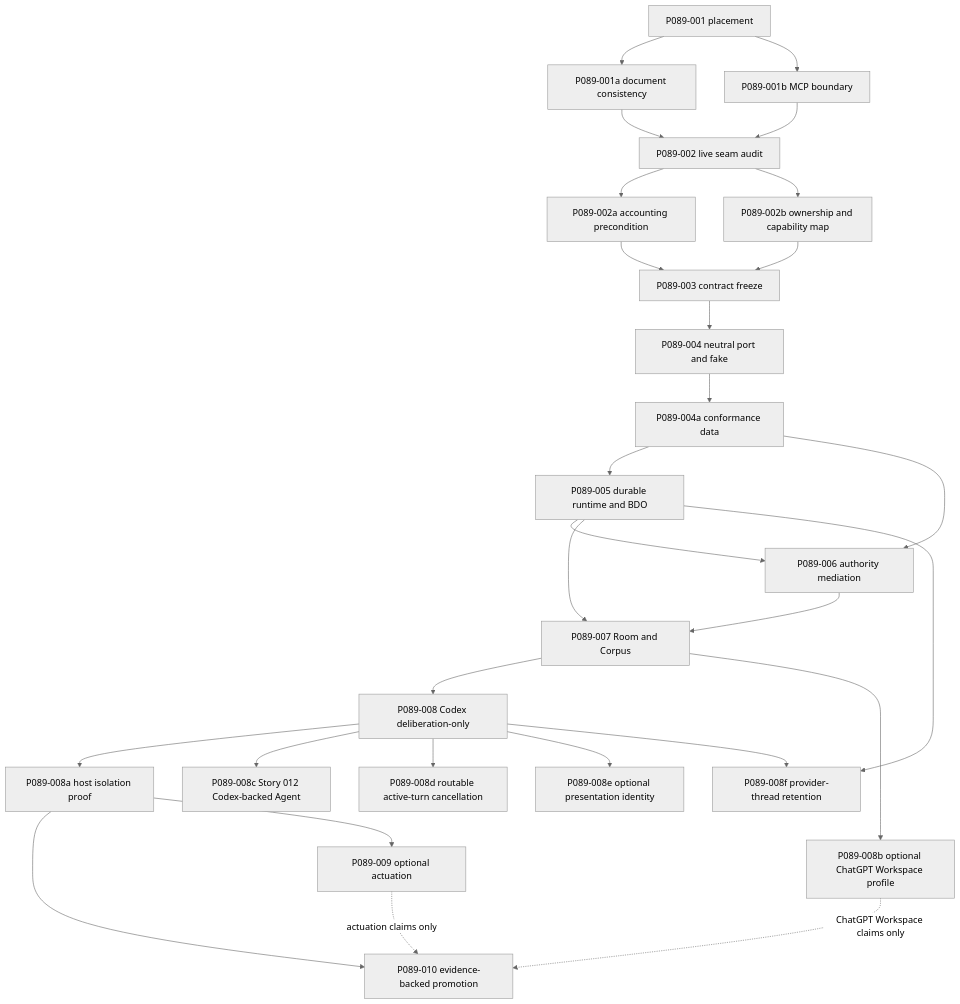
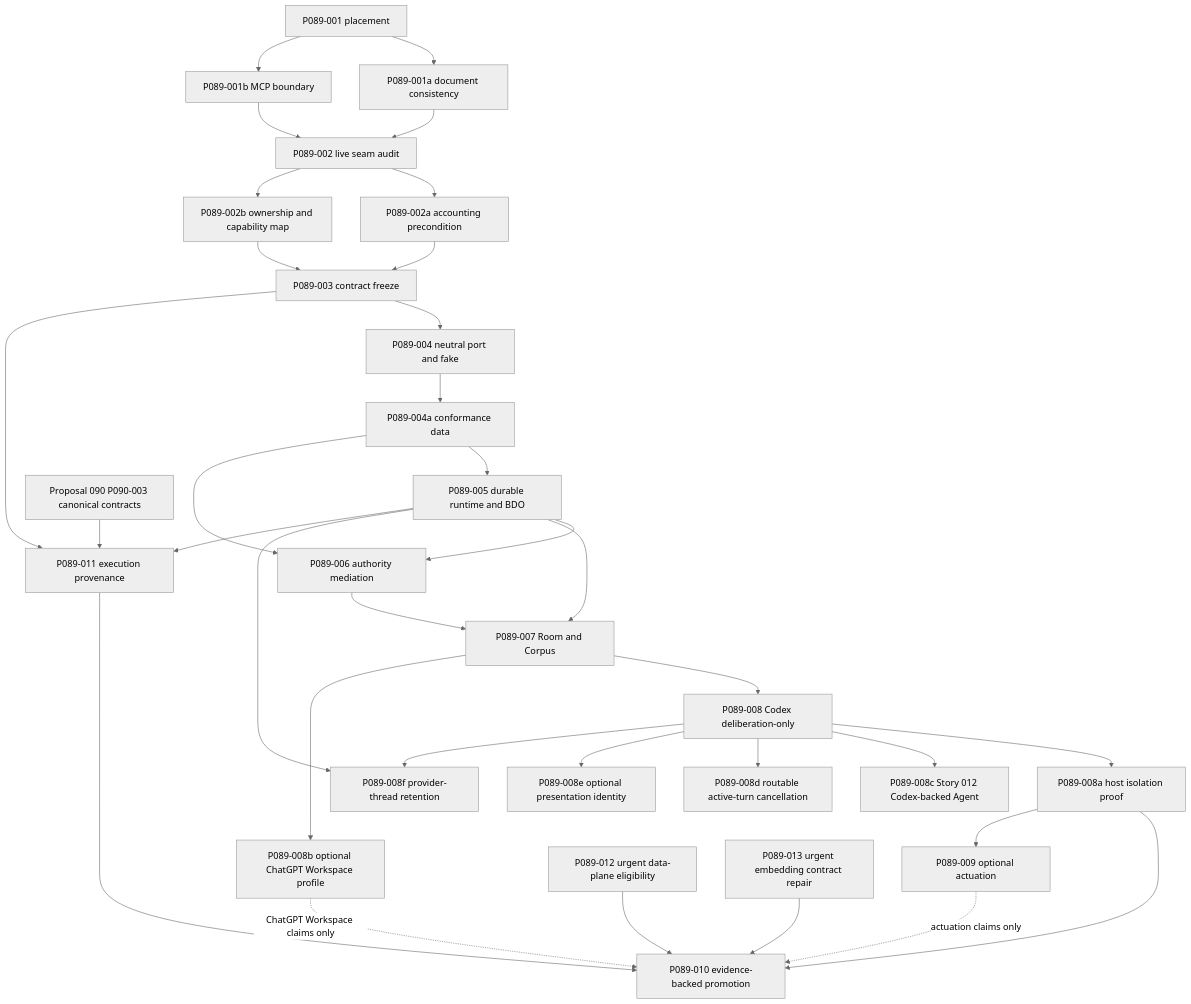
One commit to diapod/orbidocs changed the second of 2 diagrams in doc/project/40-proposals/089-external-agent-runtime-adapter-contract.md. Above: the diagram before and after it, drawn with Mermaid (neutral theme). The commit also changed other lines of this file and 26 other files, not shown here.

First line of the commit message:
Architecture: define inference provenance propagation

````diff
--- a/doc/project/40-proposals/089-external-agent-runtime-adapter-contract.md
+++ b/doc/project/40-proposals/089-external-agent-runtime-adapter-contract.md
@@ -743,30 +801,36 @@
 ```mermaid
 graph TD
     P001[P089-001 placement] --> P001A[P089-001a document consistency]
     P001 --> P001B[P089-001b MCP boundary]
     P001A --> P002[P089-002 live seam audit]
     P001B --> P002
     P002 --> P002A[P089-002a accounting precondition]
     P002 --> P002B[P089-002b ownership and capability map]
     P002A --> P003[P089-003 contract freeze]
     P002B --> P003
     P003 --> P004[P089-004 neutral port and fake]
     P004 --> P004A[P089-004a conformance data]
     P004A --> P005[P089-005 durable runtime and BDO]
     P004A --> P006[P089-006 authority mediation]
     P005 --> P006
     P005 --> P007[P089-007 Room and Corpus]
     P006 --> P007
     P007 --> P008[P089-008 Codex deliberation-only]
     P007 --> P008B[P089-008b optional ChatGPT Workspace profile]
     P008 --> P008A[P089-008a host isolation proof]
     P008 --> P008C[P089-008c Story 012 Codex-backed Agent]
     P008 --> P008D[P089-008d routable active-turn cancellation]
     P008 --> P008E[P089-008e optional presentation identity]
     P005 --> P008F[P089-008f provider-thread retention]
     P008 --> P008F
     P008A --> P010[P089-010 evidence-backed promotion]
     P008B -. ChatGPT Workspace claims only .-> P010
     P008A --> P009[P089-009 optional actuation]
     P009 -. actuation claims only .-> P010
+    P003 --> P011[P089-011 execution provenance]
+    P005 --> P011
+    P090003[Proposal 090 P090-003 canonical contracts] --> P011
+    P011 --> P010
+    P012[P089-012 urgent data-plane eligibility] --> P010
+    P013[P089-013 urgent embedding contract repair] --> P010
 ```
````
